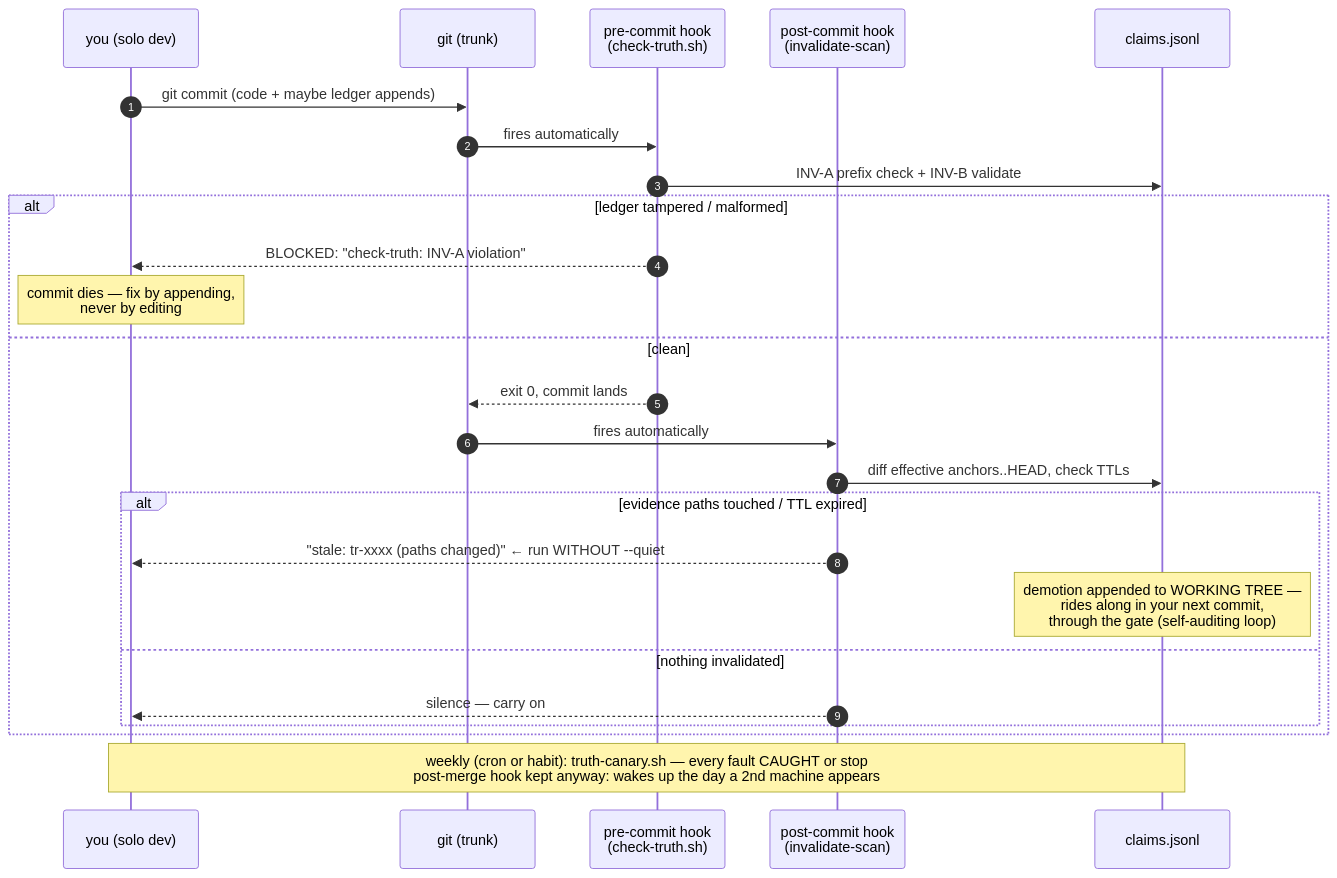
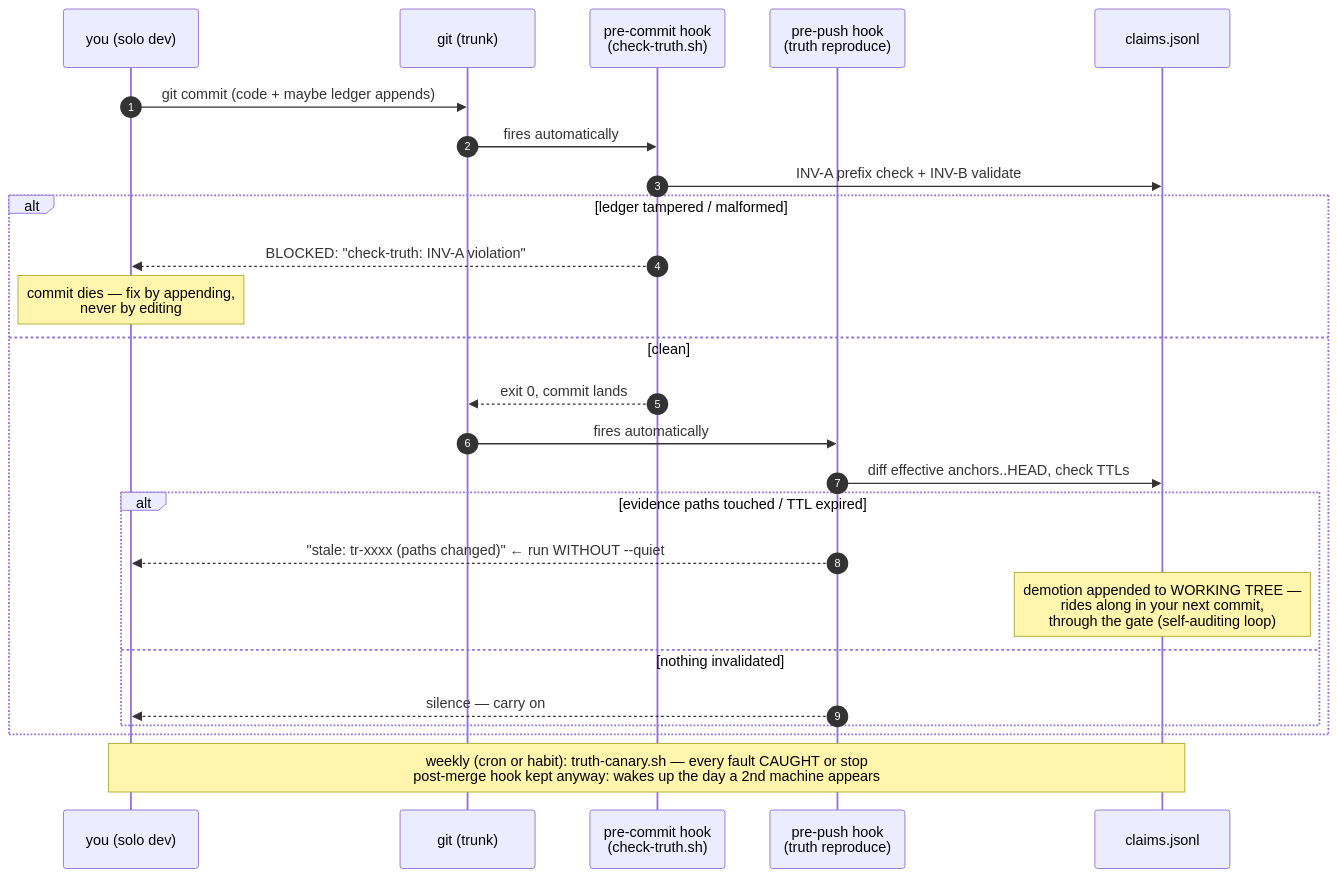
Before and after one commit to m1981/truth-ledger: the second of 4 diagrams in docs/truth-ledger-operations-guide.md, drawn with Mermaid. The commit also changed other lines of this file and 2 other files, not shown here.

````diff
--- a/docs/truth-ledger-operations-guide.md
+++ b/docs/truth-ledger-operations-guide.md
@@ -190,28 +196,28 @@
 ```mermaid
 sequenceDiagram
     autonumber
     participant D as you (solo dev)
     participant G as git (trunk)
     participant PC as pre-commit hook<br/>(check-truth.sh)
-    participant POC as post-commit hook<br/>(invalidate-scan)
+    participant POC as pre-push hook<br/>(truth reproduce)
     participant L as claims.jsonl
 
     D->>G: git commit (code + maybe ledger appends)
     G->>PC: fires automatically
     PC->>L: INV-A prefix check + INV-B validate
     alt ledger tampered / malformed
         PC-->>D: BLOCKED: "check-truth: INV-A violation"
         Note over D: commit dies — fix by appending,<br/>never by editing
     else clean
         PC-->>G: exit 0, commit lands
         G->>POC: fires automatically
         POC->>L: diff effective anchors..HEAD, check TTLs
         alt evidence paths touched / TTL expired
             POC-->>D: "stale: tr-xxxx (paths changed)"  ← run WITHOUT --quiet
             Note over L: demotion appended to WORKING TREE —<br/>rides along in your next commit,<br/>through the gate (self-auditing loop)
         else nothing invalidated
             POC-->>D: silence — carry on
         end
     end
     Note over D,L: weekly (cron or habit): truth-canary.sh — every fault CAUGHT or stop<br/>post-merge hook kept anyway: wakes up the day a 2nd machine appears
 ```
````
